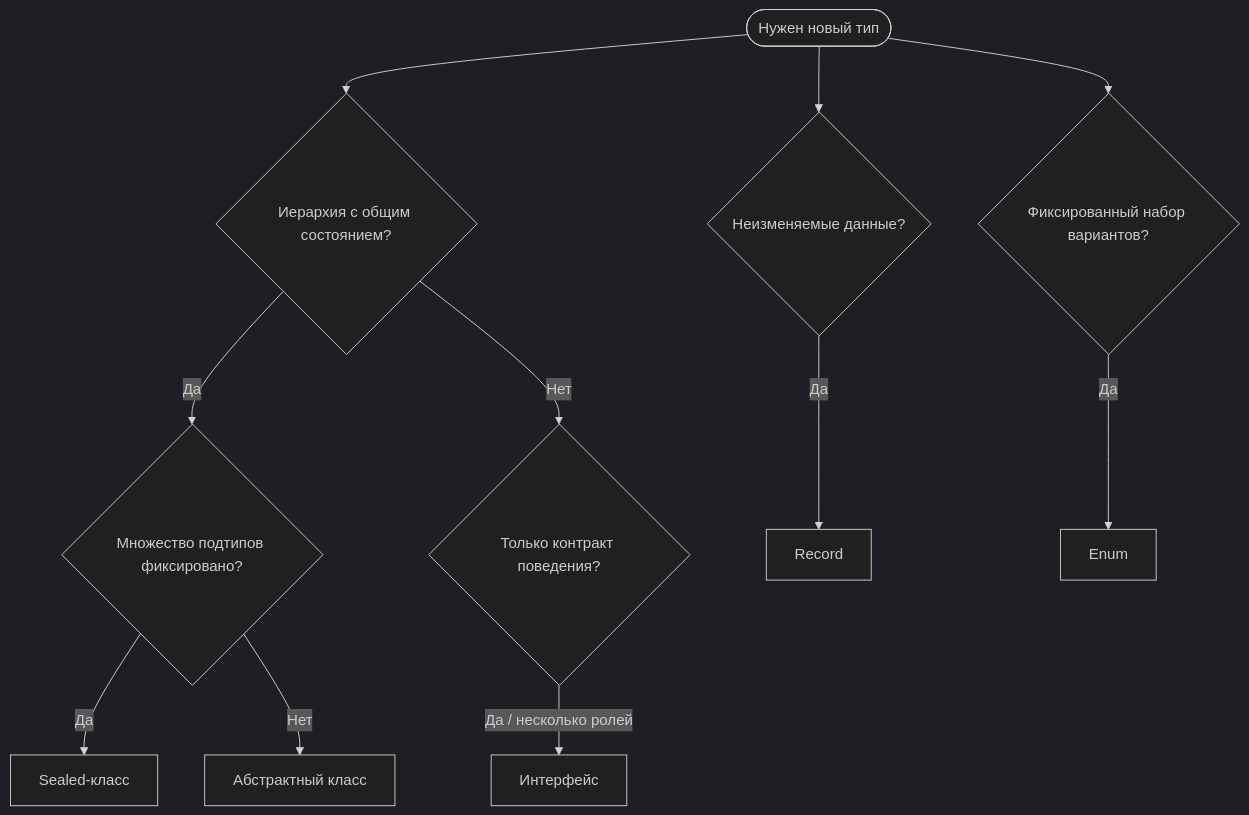
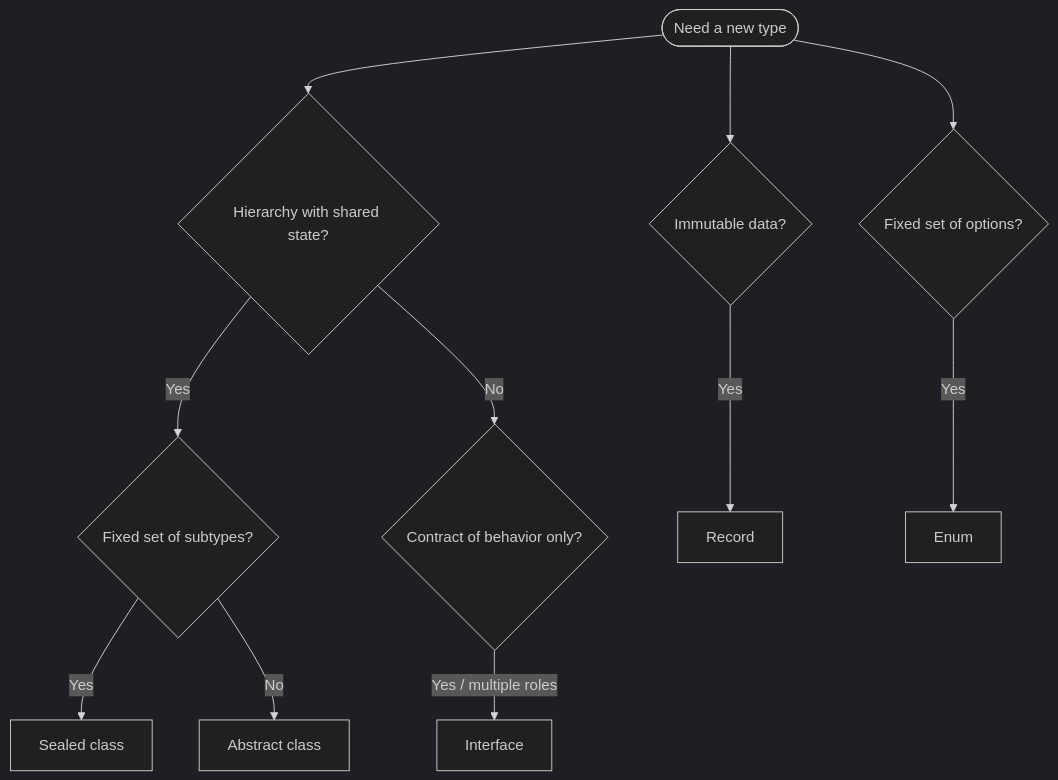
Before and after one commit to ModernProgrammingTech2026/mpt-lab-02-starter: the tenth of 10 diagrams in oop-types-and-design-ru.md, drawn with Mermaid (dark theme). The commit also changed other lines of this file, not shown here.

````diff
--- a/oop-types-and-design-ru.md
+++ b/oop-types-and-design-ru.md
@@ -626,19 +626,19 @@
 ```mermaid
 flowchart TD
-    Start([Нужен новый тип])
-    Q1{Иерархия с общим состоянием?}
-    Q2{Множество подтипов фиксировано?}
-    Q3{Только контракт поведения?}
-    Q4{Неизменяемые данные?}
-    Q5{Фиксированный набор вариантов?}
+    Start([Need a new type])
+    Q1{Hierarchy with shared state?}
+    Q2{Fixed set of subtypes?}
+    Q3{Contract of behavior only?}
+    Q4{Immutable data?}
+    Q5{Fixed set of options?}
     Start --> Q1
     Start --> Q4
     Start --> Q5
-    Q1 -->|Да| Q2
-    Q1 -->|Нет| Q3
-    Q2 -->|Да| Sealed[Sealed-класс]
-    Q2 -->|Нет| Abstract[Абстрактный класс]
-    Q3 -->|Да / несколько ролей| Interface[Интерфейс]
-    Q4 -->|Да| Record[Record]
-    Q5 -->|Да| Enum[Enum]
+    Q1 -->|Yes| Q2
+    Q1 -->|No| Q3
+    Q2 -->|Yes| Sealed[Sealed class]
+    Q2 -->|No| Abstract[Abstract class]
+    Q3 -->|Yes / multiple roles| Interface[Interface]
+    Q4 -->|Yes| Record[Record]
+    Q5 -->|Yes| Enum[Enum]
 ```
````
